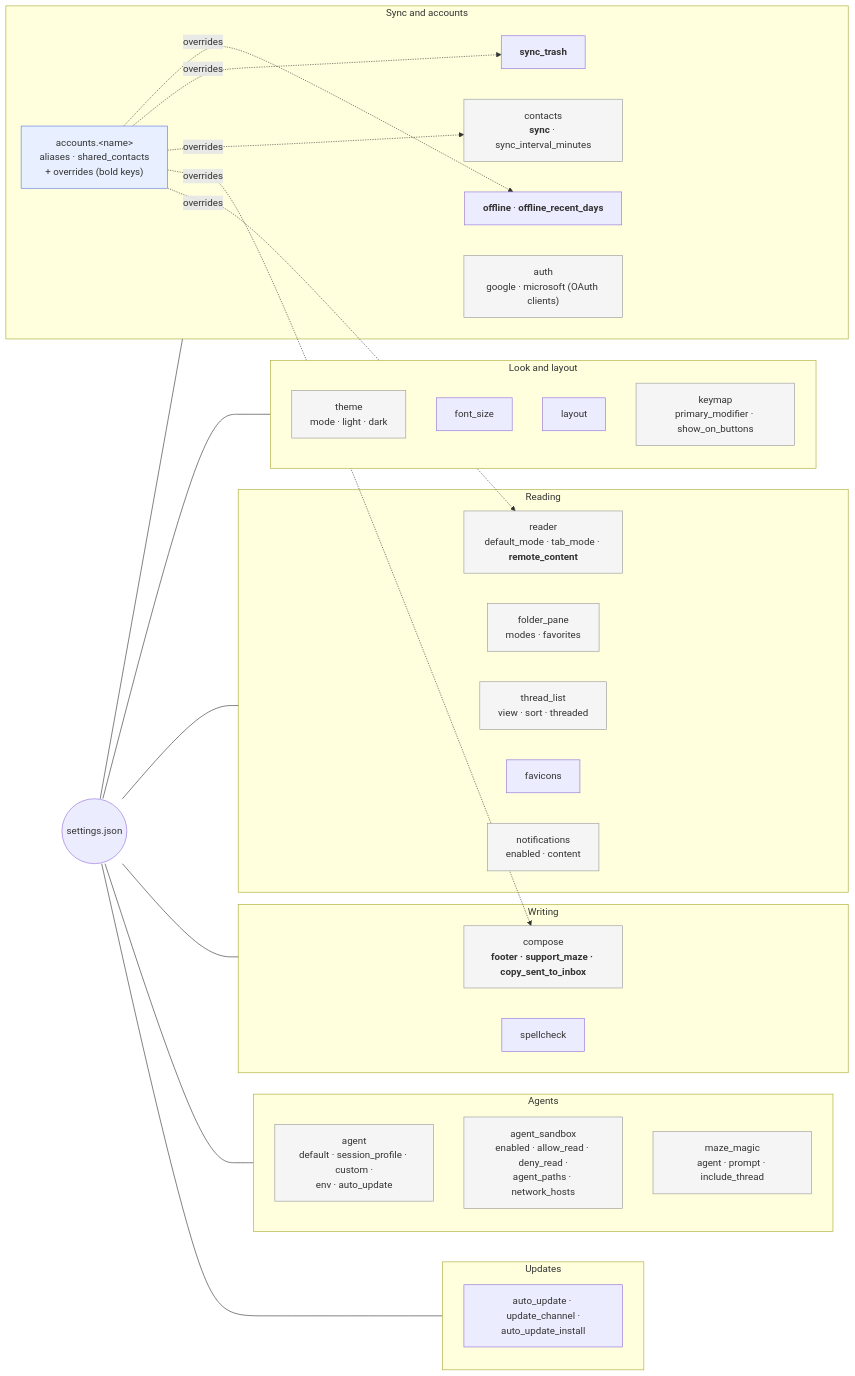
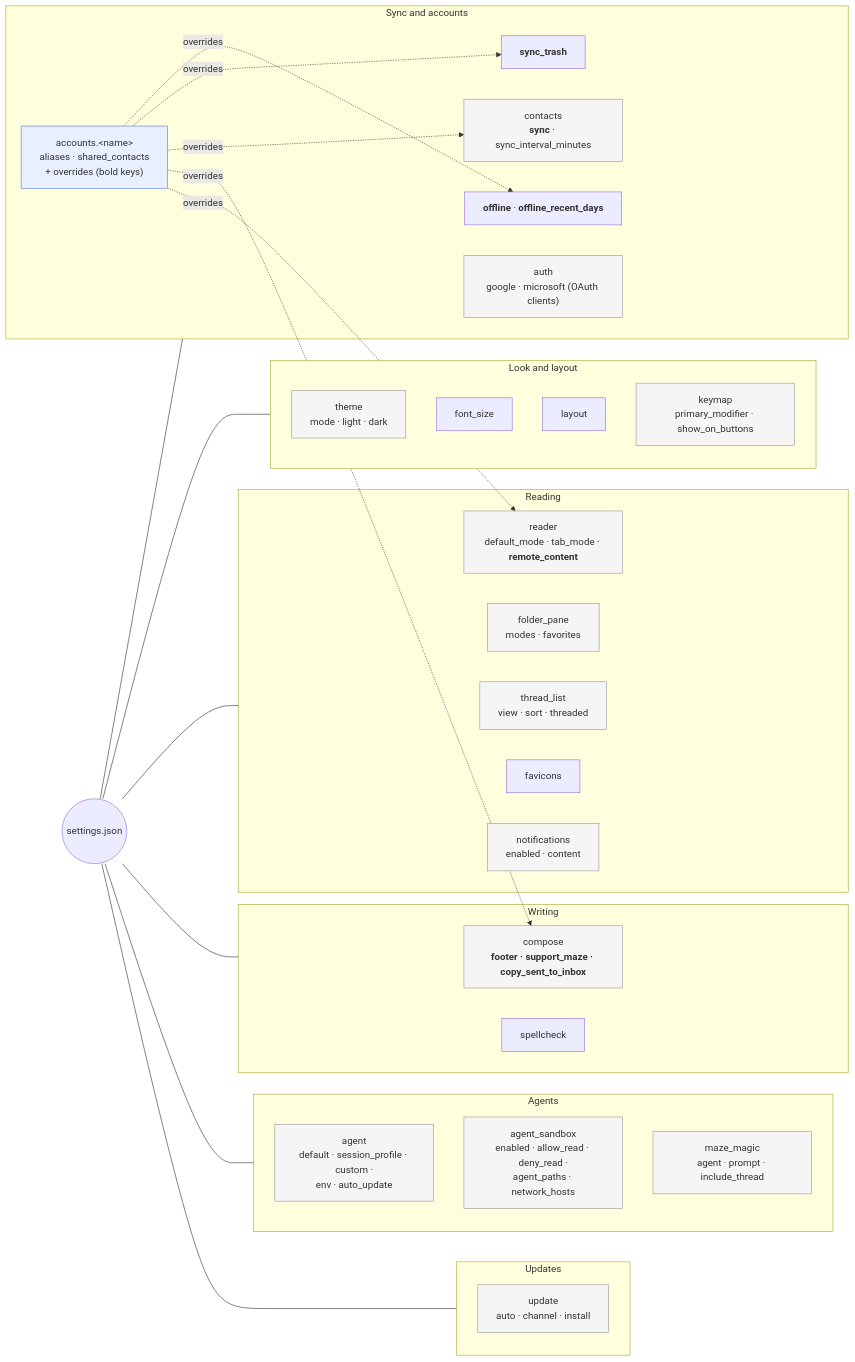
The diagram in docs/settings-model.md (pmig/maze), drawn with Mermaid before and after one commit. The commit also changed 29 other files, not shown here.

````diff
--- a/docs/settings-model.md
+++ b/docs/settings-model.md
@@ -12,53 +12,53 @@
 ```mermaid
 flowchart LR
   classDef acct fill:#e8f0ff,stroke:#5c78e2
   classDef sec fill:#f5f5f5,stroke:#999
 
   S(("settings.json"))
 
   subgraph LOOK["Look and layout"]
     theme["theme<br/>mode · light · dark"]:::sec
     font_size["font_size"]
     layout["layout"]
     keymap["keymap<br/>primary_modifier · show_on_buttons"]:::sec
   end
 
   subgraph READ["Reading"]
     thread_list["thread_list<br/>view · sort · threaded"]:::sec
     folder_pane["folder_pane<br/>modes · favorites"]:::sec
     reader["reader<br/>default_mode · tab_mode · <b>remote_content</b>"]:::sec
     favicons["favicons"]
     notifications["notifications<br/>enabled · content"]:::sec
   end
 
   subgraph WRITE["Writing"]
     compose["compose<br/><b>footer · support_maze · copy_sent_to_inbox</b>"]:::sec
     spellcheck["spellcheck"]
   end
 
   subgraph SYNC["Sync and accounts"]
     offline["<b>offline</b> · <b>offline_recent_days</b>"]
     sync_trash["<b>sync_trash</b>"]
     contacts["contacts<br/><b>sync</b> · sync_interval_minutes"]:::sec
     auth["auth<br/>google · microsoft (OAuth clients)"]:::sec
     accounts["accounts.&lt;name&gt;<br/>aliases · shared_contacts<br/>+ overrides (bold keys)"]:::acct
   end
 
   subgraph AI["Agents"]
     agent["agent<br/>default · session_profile · custom ·<br/>env · auto_update"]:::sec
     agent_sandbox["agent_sandbox<br/>enabled · allow_read · deny_read ·<br/>agent_paths · network_hosts"]:::sec
     maze_magic["maze_magic<br/>agent · prompt · include_thread"]:::sec
   end
 
   subgraph APP["Updates"]
-    auto_update["auto_update · update_channel ·<br/>auto_update_install"]
+    update["update<br/>auto · channel · install"]:::sec
   end
 
   S --- LOOK & READ & WRITE & SYNC & AI & APP
   accounts -.->|overrides| offline
   accounts -.->|overrides| sync_trash
   accounts -.->|overrides| contacts
   accounts -.->|overrides| compose
   accounts -.->|overrides| reader
 
 ```
````
